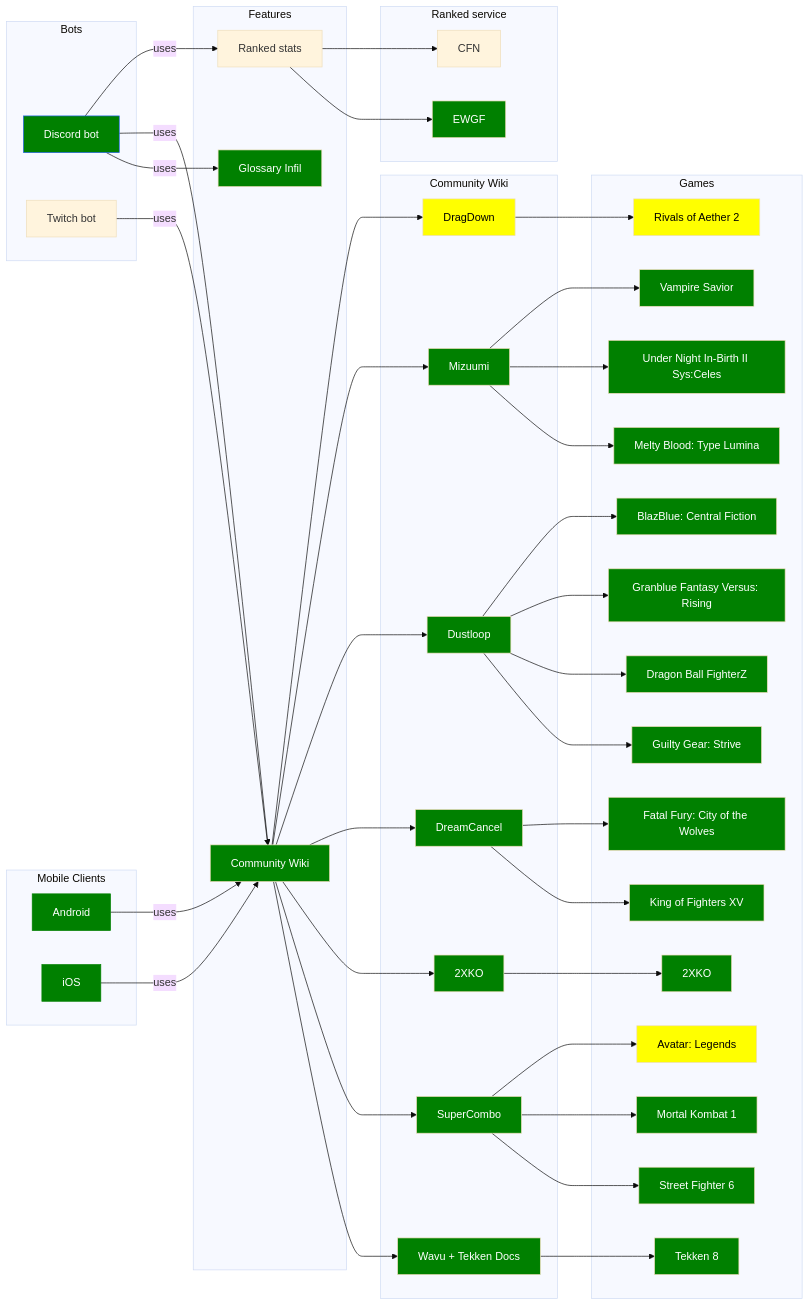
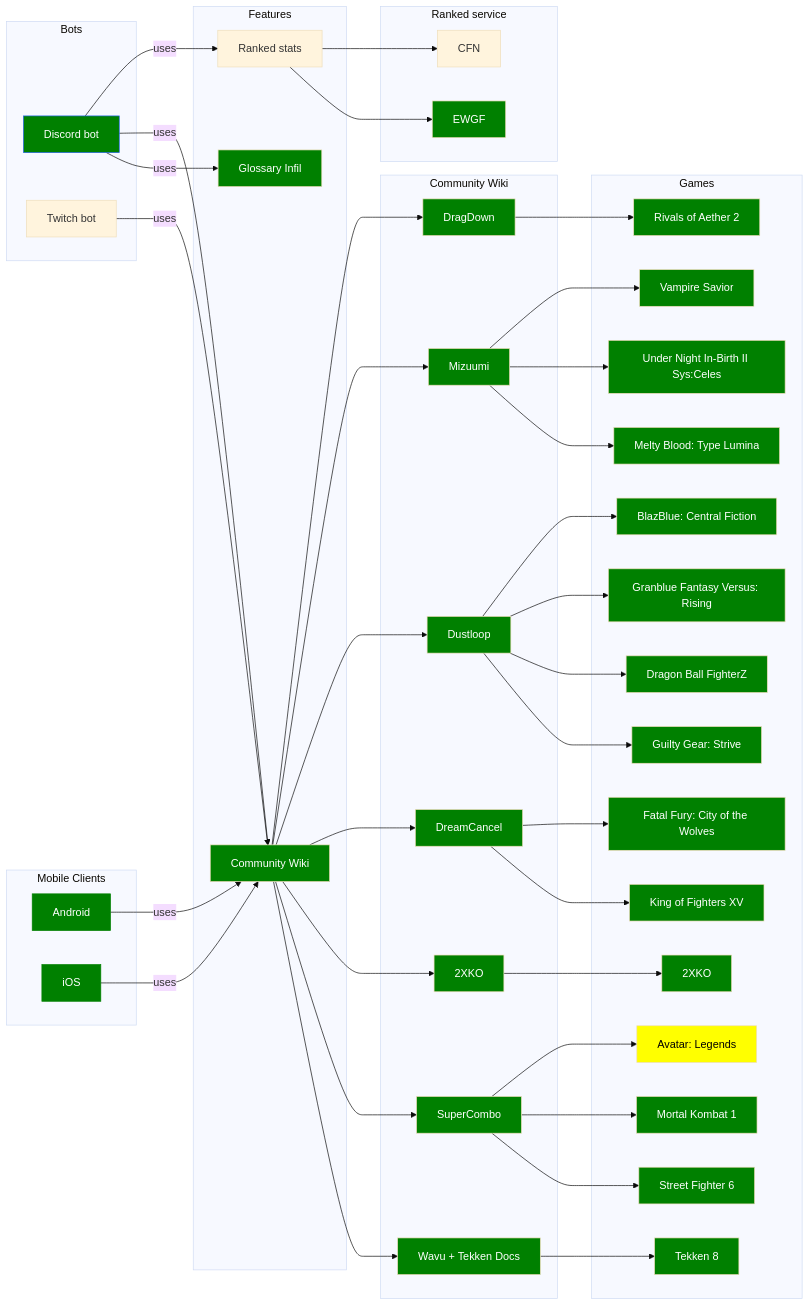
The diagram in mermaid/modules.mmd (Sophon/FightingNerd), drawn with Mermaid (base theme) before and after one commit. The commit also changed 1 other file, not shown here.

Commit message:
docs (mermaid): mark DragDown and ROA2 as finished

```diff
--- a/mermaid/modules.mmd
+++ b/mermaid/modules.mmd
@@ -1,118 +1,118 @@
 graph LR
     classDef green fill:green,color:#000
     classDef grey fill:lightgrey,color:#000
     classDef yellow fill:#FFEB3B,color:#000
 
     subgraph Bots
         discordBot[Discord bot]
         twitchBot[Twitch bot]
     end
 
     subgraph "Mobile Clients"
         android[Android]
         iOS[iOS]
     end
 
     subgraph Features
         glossaryInfil[Glossary Infil]
         communityWiki[Community Wiki]
         elo[Ranked stats]
     end
 
     subgraph Community Wiki
         wikiWavu[Wavu + Tekken Docs]
         supercombo[SuperCombo]
         2xko[2XKO]
         dustloop[Dustloop]
         dreamcancel[DreamCancel]
         mizuumi[Mizuumi]
         dragdown[DragDown]
     end
 
     subgraph Games
         t8[Tekken 8]
         sf6[Street Fighter 6]
         mk1[Mortal Kombat 1]
         ggst[Guilty Gear: Strive]
         dbfz[Dragon Ball FighterZ]
         gbvsr[Granblue Fantasy Versus: Rising]
         kof15[King of Fighters XV]
         cotw[Fatal Fury: City of the Wolves]
         xko[2XKO]
         melty[Melty Blood: Type Lumina]
         bbcf[BlazBlue: Central Fiction]
         uni2[Under Night In-Birth II Sys:Celes]
         vsav[Vampire Savior]
         avl[Avatar: Legends]
         roa[Rivals of Aether 2]
     end
 
     subgraph Ranked service
         ewgf[EWGF]
         cfn[CFN]
     end
 
     android -->|uses| communityWiki
     iOS -->|uses| communityWiki
 
     discordBot -->|uses| glossaryInfil
     discordBot -->|uses| communityWiki
     discordBot -->|uses| elo
     twitchBot -->|uses| communityWiki
 
     communityWiki --> wikiWavu
     communityWiki --> supercombo
     communityWiki --> 2xko
     communityWiki --> dreamcancel
     communityWiki --> dustloop
     communityWiki --> mizuumi
     communityWiki --> dragdown
 
     elo --> ewgf
     elo --> cfn
 
     wikiWavu --> t8
     supercombo --> sf6
     supercombo --> mk1
     supercombo --> avl
     dustloop --> ggst
     dustloop --> dbfz
     dustloop --> gbvsr
     dustloop --> bbcf
     2xko --> xko
     dreamcancel --> kof15
     dreamcancel --> cotw
     mizuumi --> melty
     mizuumi --> uni2
     mizuumi --> vsav
     dragdown --> roa
 
 
     style discordBot fill:green,stroke:#2563EB, color:#fff
     style android fill:green,stroke:green, color:#fff
     style iOS fill:green,stroke:green, color:#fff
     style glossaryInfil fill:green, color:#fff
     style communityWiki fill:green, color:#fff
     style wikiWavu fill:green, color:#fff
     style supercombo fill:green, color:#fff
     style dreamcancel fill:green, color:#fff
     style dustloop fill:green, color:#fff
     style mizuumi fill:green, color:#fff
-    style dragdown fill:yellow, color:#000
+    style dragdown fill:green, color:#fff
     style 2xko fill:green, color:#fff
     style t8 fill:green, color:#fff
     style sf6 fill:green, color:#fff
     style xko fill:green, color:#fff
     style kof15 fill:green, color:#fff
     style cotw fill:green, color:#fff
     style ggst fill:green, color:#fff
     style mk1 fill:green, color:#fff
     style dbfz fill:green, color:#fff
     style gbvsr fill:green, color:#fff
     style melty fill:green, color:#fff
     style bbcf fill:green, color:#fff
     style uni2 fill:green, color:#fff
     style vsav fill:green, color:#fff
     style ewgf fill:green, color:#fff
     style avl fill:yellow, color:#000
-    style roa fill:yellow, color:#000
+    style roa fill:green, color:#fff
```
